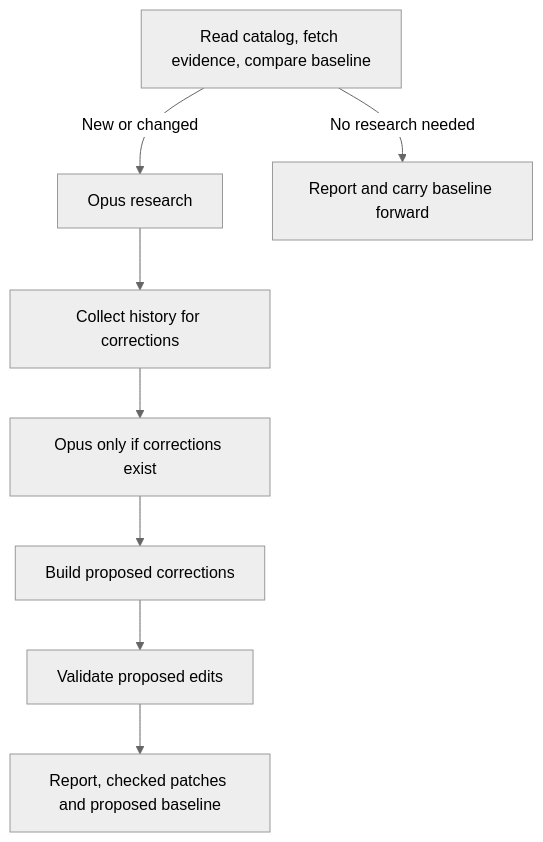
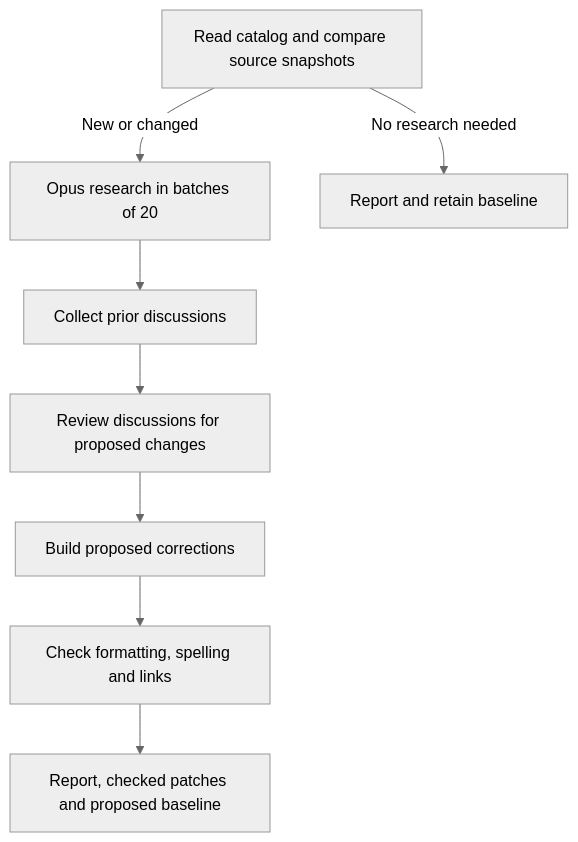
One commit to bromanko/awesome-ratatui changed the diagram in .um/freshness/README.md. Above: the diagram before and after it, drawn with Mermaid (neutral theme). The commit also changed other lines of this file and 1 other file, not shown here.

Commit message:
Simplify maintainer setup and focus the review diff

````diff
--- a/.um/freshness/README.md
+++ b/.um/freshness/README.md
@@ -64,11 +27,11 @@
 ```mermaid
 flowchart TD
-  prepareCatalog[Read catalog, fetch evidence, compare baseline]
-  prepareCatalog -->|New or changed| investigateEntries[Opus research]
-  prepareCatalog -->|No research needed| renderUnchanged[Report and carry baseline forward]
-  investigateEntries --> collectHistory[Collect history for corrections]
-  collectHistory --> reviewHistory[Opus only if corrections exist]
+  prepareCatalog[Read catalog and compare source snapshots]
+  prepareCatalog -->|New or changed| investigateEntries[Opus research in batches of 20]
+  prepareCatalog -->|No research needed| renderUnchanged[Report and retain baseline]
+  investigateEntries --> collectHistory[Collect prior discussions]
+  collectHistory --> reviewHistory[Review discussions for proposed changes]
   reviewHistory --> buildCorrections[Build proposed corrections]
-  buildCorrections --> validateCorrections[Validate proposed edits]
+  buildCorrections --> validateCorrections[Check formatting, spelling and links]
   validateCorrections --> renderPreview[Report, checked patches and proposed baseline]
 ```
````
